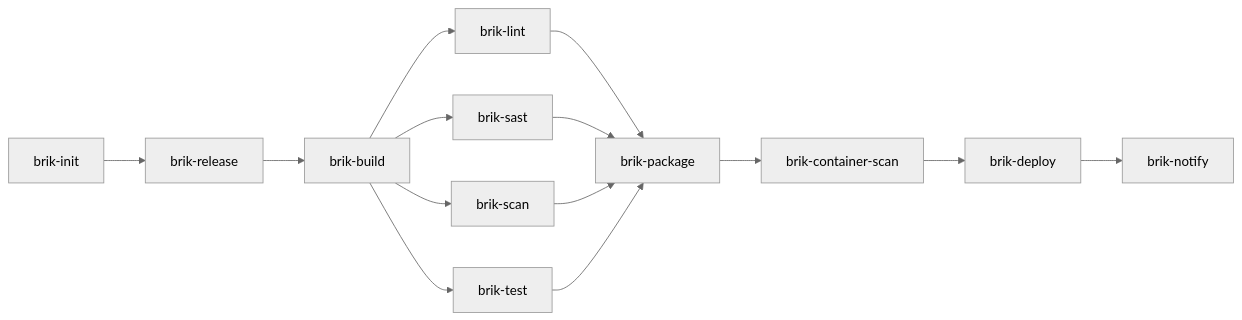
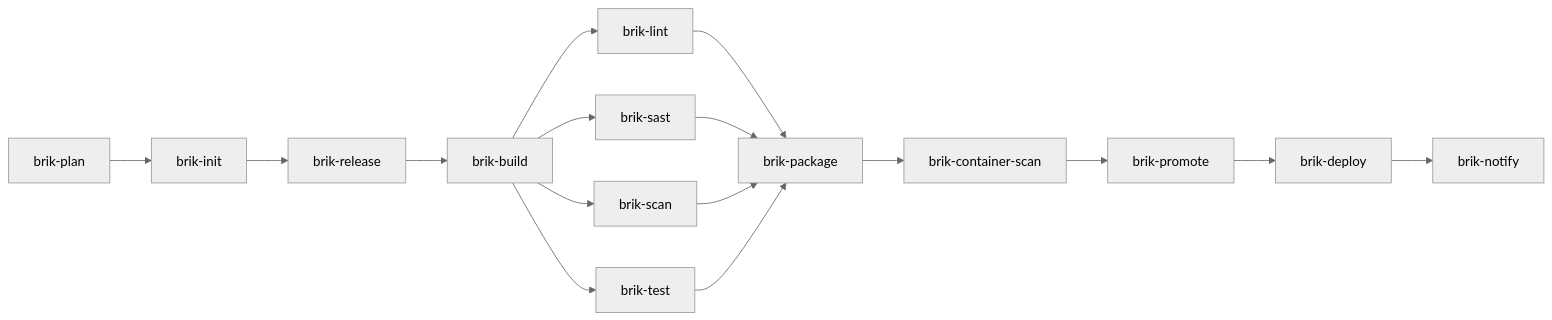
Before and after one commit to getbrik/brik: the diagram in docs/platforms/gitlab.md, drawn with Mermaid (neutral theme). The commit also changed other lines of this file and 30 other files, not shown here.

````diff
--- a/docs/platforms/gitlab.md
+++ b/docs/platforms/gitlab.md
@@ -31,16 +26,18 @@
 ```mermaid
 flowchart LR
-    init["brik-init"] --> release["brik-release"]
+    plan["brik-plan"] --> init["brik-init"]
+    init --> release["brik-release"]
     release --> build["brik-build"]
     build --> lint["brik-lint"]
     build --> sast["brik-sast"]
     build --> scan["brik-scan"]
     build --> test["brik-test"]
     lint --> package["brik-package"]
     sast --> package
     scan --> package
     test --> package
     package --> cscan["brik-container-scan"]
-    cscan --> deploy["brik-deploy"]
+    cscan --> promote["brik-promote"]
+    promote --> deploy["brik-deploy"]
     deploy --> notify["brik-notify"]
 ```
````
